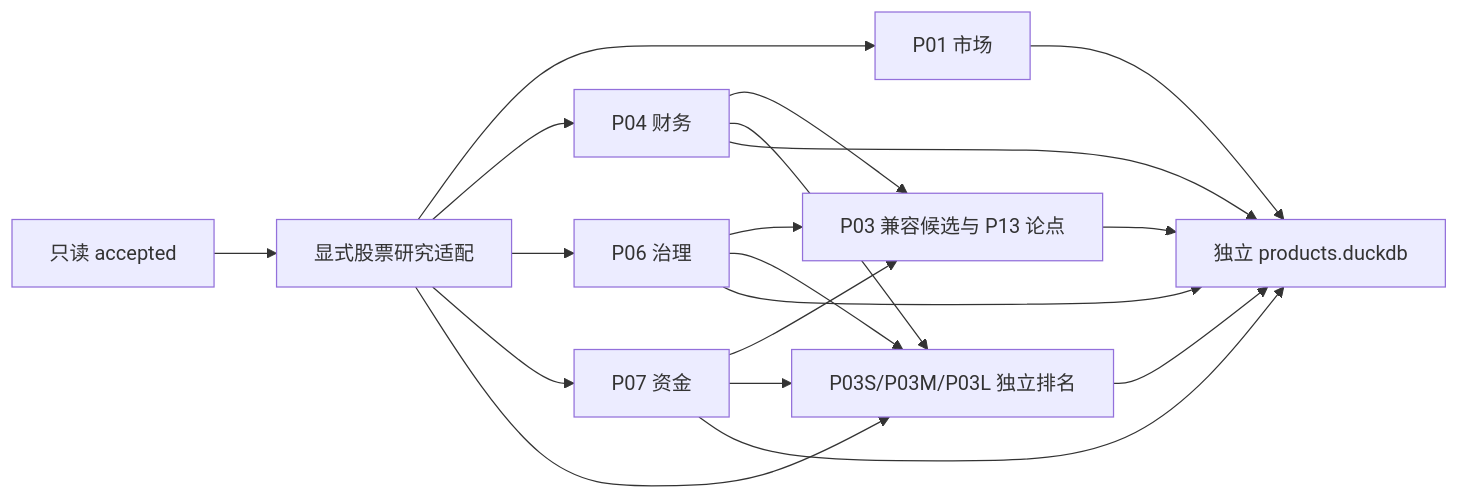
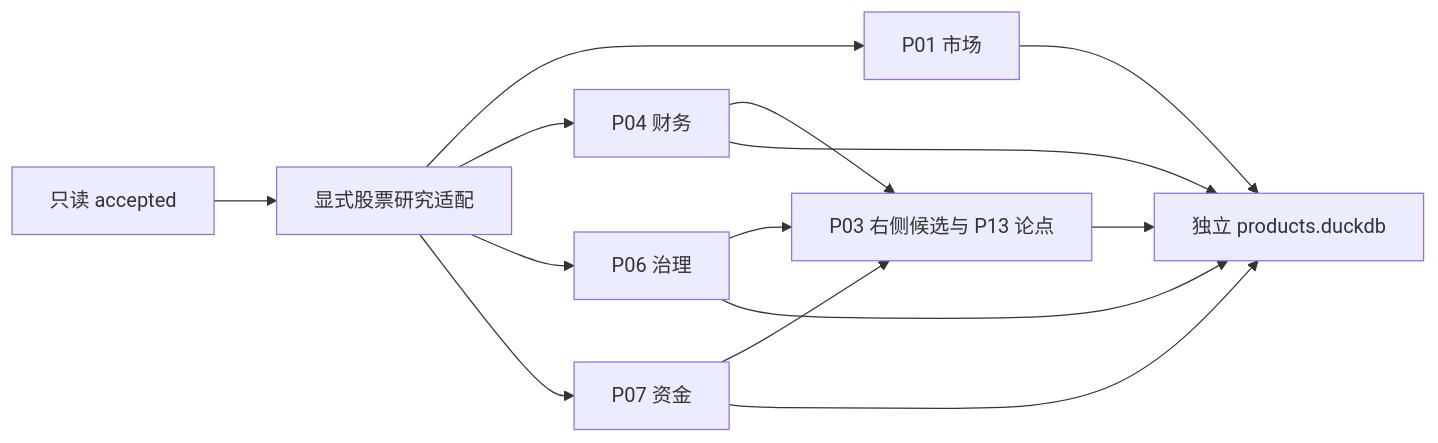
Before and after one commit to songyaolun/tushare-15000-data-platform: the diagram in docs/股票研究闭环.md, drawn with Mermaid. The commit also changed other lines of this file and 35 other files, not shown here.

````diff
--- a/docs/股票研究闭环.md
+++ b/docs/股票研究闭环.md
@@ -11,11 +11,10 @@
 ```mermaid
 flowchart LR
     A[只读 accepted] --> B[显式股票研究适配]
     B --> C[P01 市场]
     B --> D[P04 财务]
     B --> E[P06 治理]
     B --> F[P07 资金]
-    D & E & F --> G[P03 兼容候选与 P13 论点]
-    B & D & E & F --> I[P03S/P03M/P03L 独立排名]
-    C & D & E & F & G & I --> H[独立 products.duckdb]
+    D & E & F --> G[P03 右侧候选与 P13 论点]
+    C & D & E & F & G --> H[独立 products.duckdb]
 ```
````
